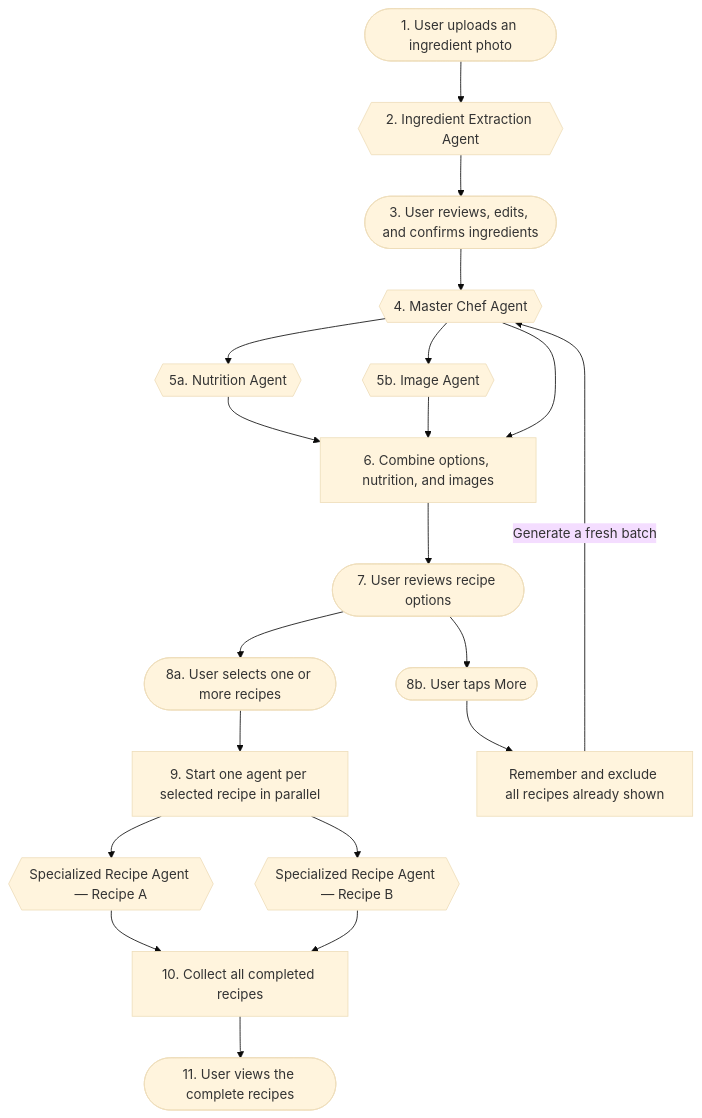
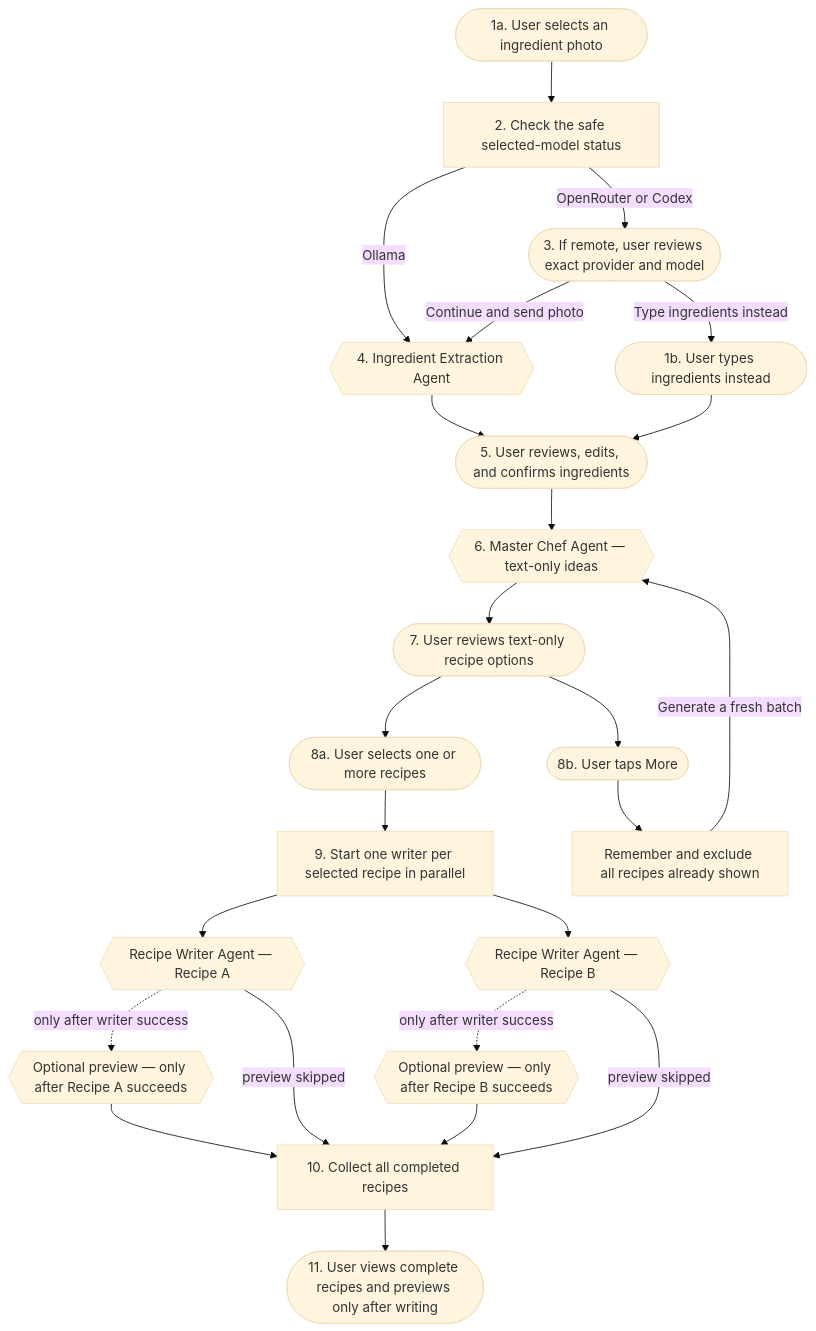
The diagram in docs/prd.md (samarthmn/cook-mantra), drawn with Mermaid (base theme) before and after one commit. The commit also changed other lines of this file and 164 other files, not shown here.

Commit message:
feat: release local-only open-source Cook Mantra

````diff
--- a/docs/prd.md
+++ b/docs/prd.md
@@ -52,39 +55,45 @@
 ```mermaid
 flowchart TD
-    Upload(["1. User uploads an ingredient photo"])
-    Extractor{{"2. Ingredient Extraction Agent"}}
-    Confirm(["3. User reviews, edits, and confirms ingredients"])
-    Chef{{"4. Master Chef Agent"}}
-    Nutrition{{"5a. Nutrition Agent"}}
-    ImageAgent{{"5b. Image Agent"}}
-    Assemble["6. Combine options, nutrition, and images"]
-    Options(["7. User reviews recipe options"])
+    Upload(["1a. User selects an ingredient photo"])
+    Manual(["1b. User types ingredients instead"])
+    Status["2. Check the safe selected-model status"]
+    Disclosure(["3. If remote, user reviews exact provider and model"])
+    Extractor{{"4. Ingredient Extraction Agent"}}
+    Confirm(["5. User reviews, edits, and confirms ingredients"])
+    Chef{{"6. Master Chef Agent — text-only ideas"}}
+    Options(["7. User reviews text-only recipe options"])
     Select(["8a. User selects one or more recipes"])
     More(["8b. User taps More"])
     Exclude["Remember and exclude all recipes already shown"]
-    FanOut["9. Start one agent per selected recipe in parallel"]
-    SpecialistA{{"Specialized Recipe Agent — Recipe A"}}
-    SpecialistB{{"Specialized Recipe Agent — Recipe B"}}
+    FanOut["9. Start one writer per selected recipe in parallel"]
+    WriterA{{"Recipe Writer Agent — Recipe A"}}
+    WriterB{{"Recipe Writer Agent — Recipe B"}}
+    PreviewA{{"Optional preview — only after Recipe A succeeds"}}
+    PreviewB{{"Optional preview — only after Recipe B succeeds"}}
     Collect["10. Collect all completed recipes"]
-    Recipe(["11. User views the complete recipes"])
+    Recipe(["11. User views complete recipes and previews only after writing"])
 
-    Upload --> Extractor
+    Upload --> Status
+    Status -->|"Ollama"| Extractor
+    Status -->|"OpenRouter or Codex"| Disclosure
+    Disclosure -->|"Continue and send photo"| Extractor
+    Disclosure -->|"Type ingredients instead"| Manual
+    Manual --> Confirm
     Extractor --> Confirm
     Confirm --> Chef
-    Chef --> Nutrition
-    Chef --> ImageAgent
-    Chef --> Assemble
-    Nutrition --> Assemble
-    ImageAgent --> Assemble
-    Assemble --> Options
+    Chef --> Options
     Options --> Select
     Options --> More
     More --> Exclude
     Exclude -->|"Generate a fresh batch"| Chef
     Select --> FanOut
-    FanOut --> SpecialistA
-    FanOut --> SpecialistB
-    SpecialistA --> Collect
-    SpecialistB --> Collect
+    FanOut --> WriterA
+    FanOut --> WriterB
+    WriterA -. "only after writer success" .-> PreviewA
+    WriterB -. "only after writer success" .-> PreviewB
+    WriterA -->|"preview skipped"| Collect
+    WriterB -->|"preview skipped"| Collect
+    PreviewA --> Collect
+    PreviewB --> Collect
     Collect --> Recipe
 ```
````
